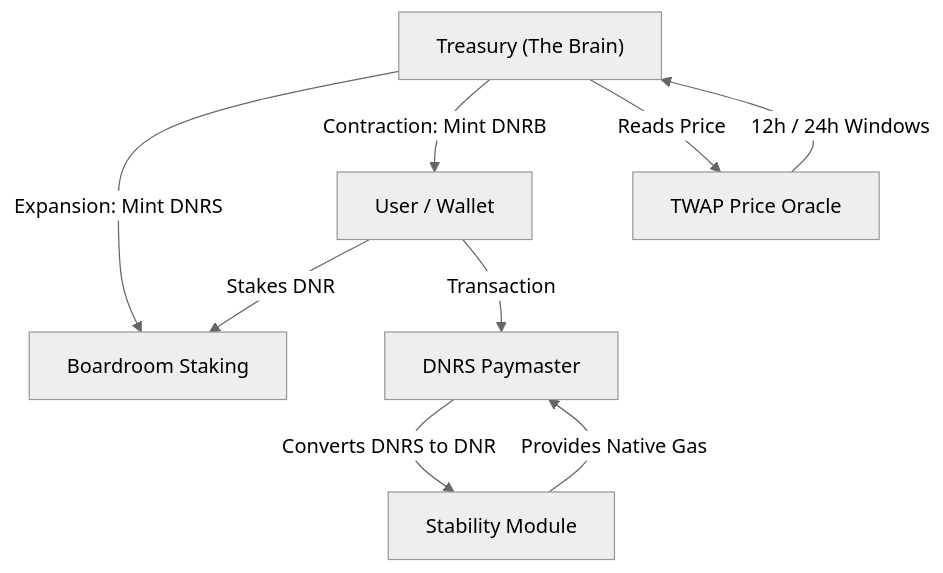
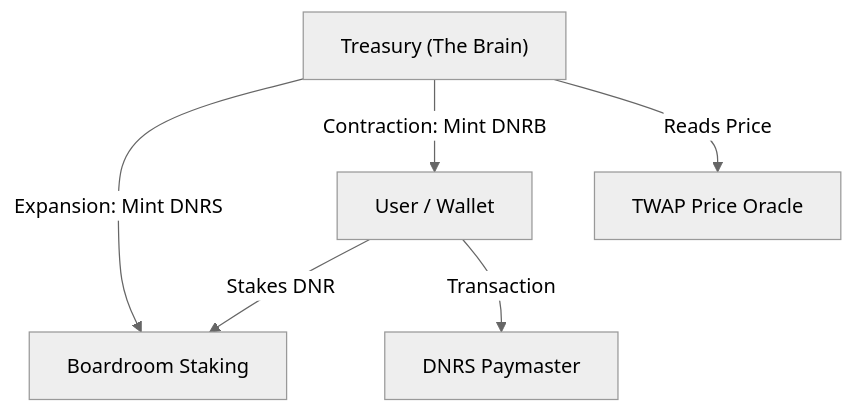
Before and after one commit to EmekaIwuagwu/nodesales-hub: the diagram in kortana-dnrs/README.md, drawn with Mermaid (neutral theme). The commit also changed other lines of this file and 5 other files, not shown here.

````diff
--- a/kortana-dnrs/README.md
+++ b/kortana-dnrs/README.md
@@ -17,14 +13,9 @@
 ```mermaid
 graph TD
     User["User / Wallet"] -->|Stakes DNR| Boardroom["Boardroom Staking"]
     User -->|Transaction| Paymaster["DNRS Paymaster"]
     
     Treasury["Treasury (The Brain)"] -->|Expansion: Mint DNRS| Boardroom
     Treasury -->|Contraction: Mint DNRB| User
     Treasury -->|Reads Price| Oracle["TWAP Price Oracle"]
-    
-    Oracle -->|12h / 24h Windows| Treasury
-    
-    Paymaster -->|Converts DNRS to DNR| StabilityModule["Stability Module"]
-    StabilityModule -->|Provides Native Gas| Paymaster
 ```
````
